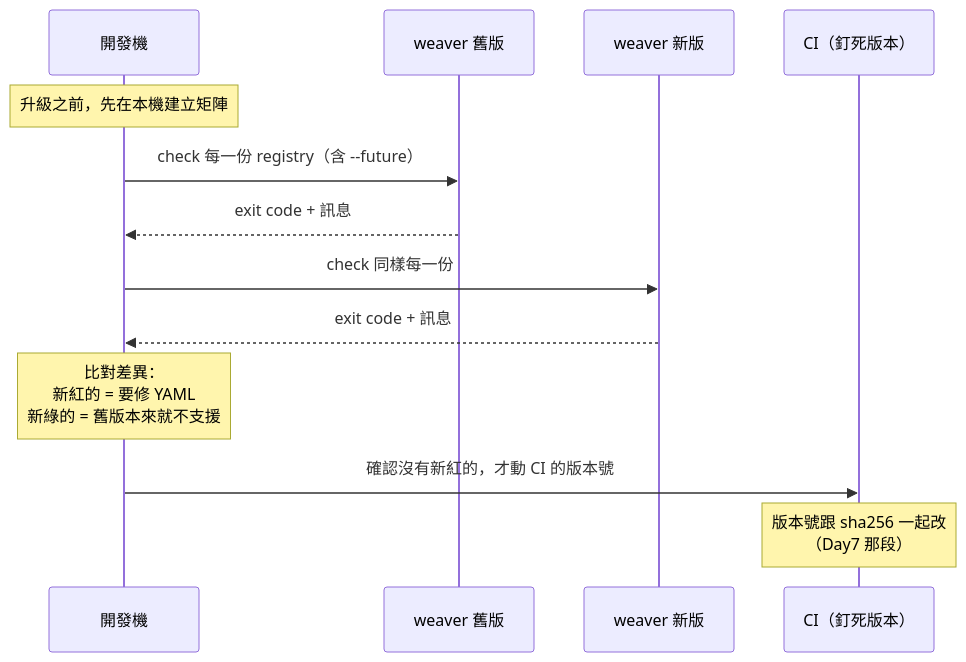
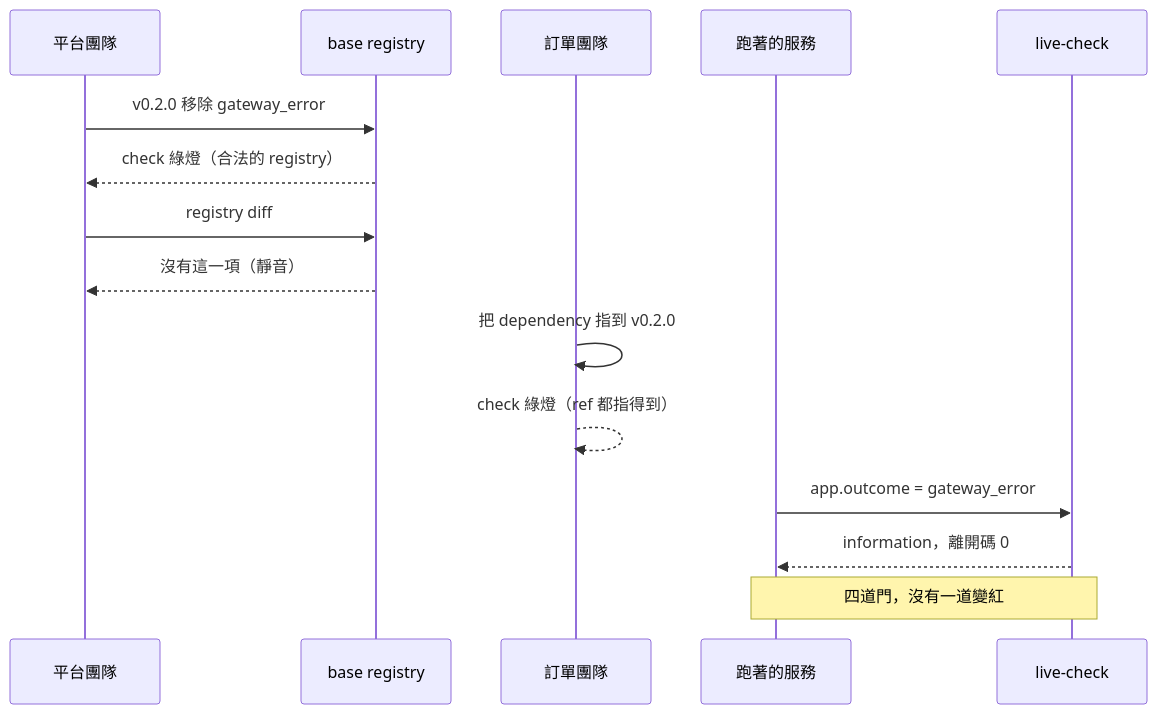
The third of 3 diagrams in weaver-demo/ironman-2026/day09.md (tedmax100/o11y-bench), drawn with Mermaid before and after one commit. The commit also changed other lines of this file and 1 other file, not shown here.

First line of the commit message:
docs(day09): rewrite against the new Day1-8 baseline

````diff
--- a/weaver-demo/ironman-2026/day09.md
+++ b/weaver-demo/ironman-2026/day09.md
@@ -227,16 +323,18 @@
 ```mermaid
 sequenceDiagram
-    participant D as 開發機
-    participant O as weaver 舊版
-    participant N as weaver 新版
-    participant CI as CI（釘死版本）
+    participant P as 平台團隊
+    participant B as base registry
+    participant T as 訂單團隊
+    participant S as 跑著的服務
+    participant L as live-check
 
-    Note over D: 升級之前，先在本機建立矩陣
-    D->>O: check 每一份 registry（含 --future）
-    O-->>D: exit code + 訊息
-    D->>N: check 同樣每一份
-    N-->>D: exit code + 訊息
-    Note over D: 比對差異：<br/>新紅的 = 要修 YAML<br/>新綠的 = 舊版本來就不支援
-    D->>CI: 確認沒有新紅的，才動 CI 的版本號
-    Note over CI: 版本號跟 sha256 一起改<br/>（Day7 那段）
+    P->>B: v0.2.0 移除 gateway_error
+    B-->>P: check 綠燈（合法的 registry）
+    P->>B: registry diff
+    B-->>P: 沒有這一項（靜音）
+    T->>T: 把 dependency 指到 v0.2.0
+    T-->>T: check 綠燈（ref 都指得到）
+    S->>L: app.outcome = gateway_error
+    L-->>S: information，離開碼 0
+    Note over S,L: 四道門，沒有一道變紅
 ```
````
